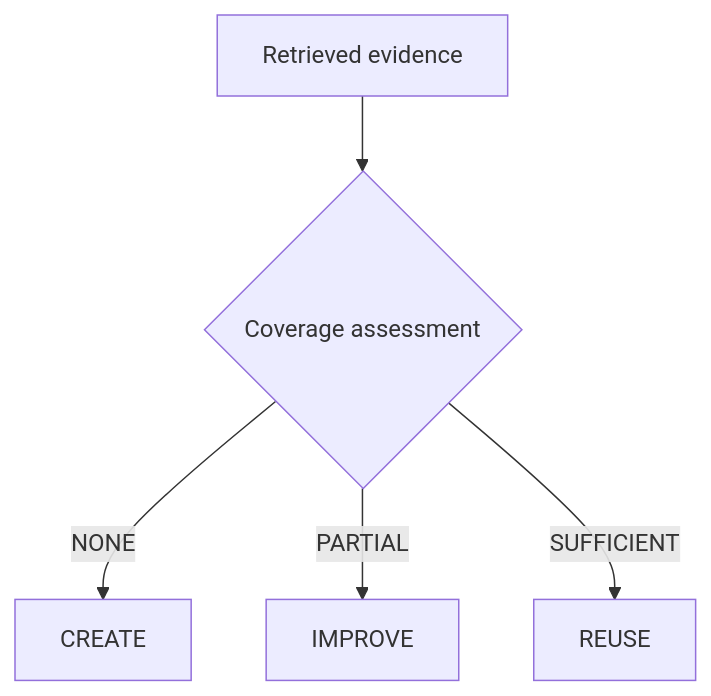
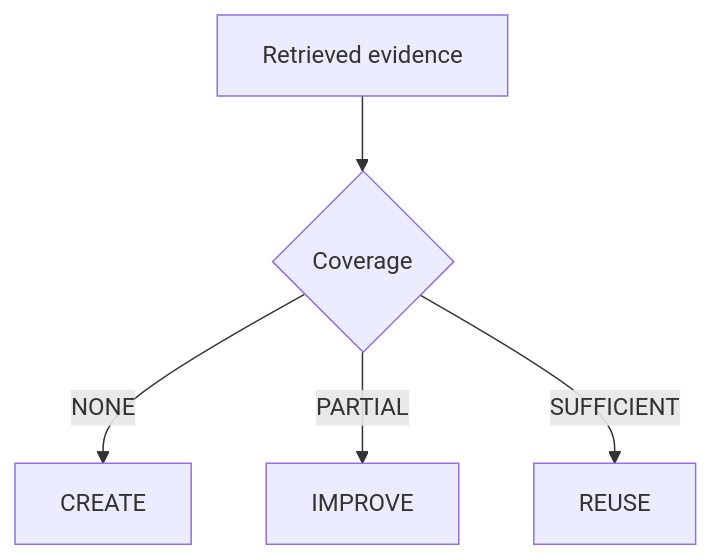
One commit to kumarchandansingh/tropos changed the sixth of 8 diagrams in docs/architecture/RAG_ARCHITECTURE.md. Above: the diagram before and after it, drawn with Mermaid. The commit also changed other lines of this file and 23 other files, not shown here.

````diff
--- a/docs/architecture/RAG_ARCHITECTURE.md
+++ b/docs/architecture/RAG_ARCHITECTURE.md
@@ -146,8 +158,8 @@
 ```mermaid
 flowchart TD
     R[Retrieved evidence]
-    --> C{Coverage assessment}
+    --> C{Coverage}
     C -->|NONE| Create[CREATE]
     C -->|PARTIAL| Improve[IMPROVE]
     C -->|SUFFICIENT| Reuse[REUSE]
 ```
````
